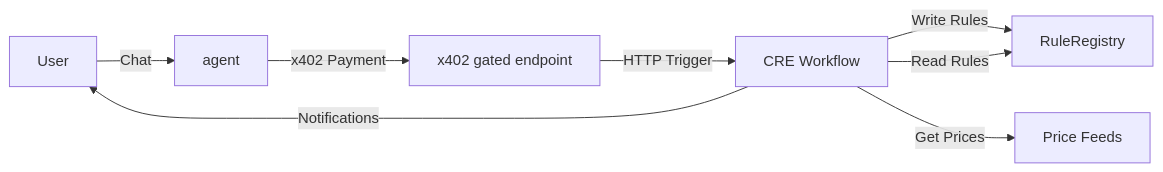
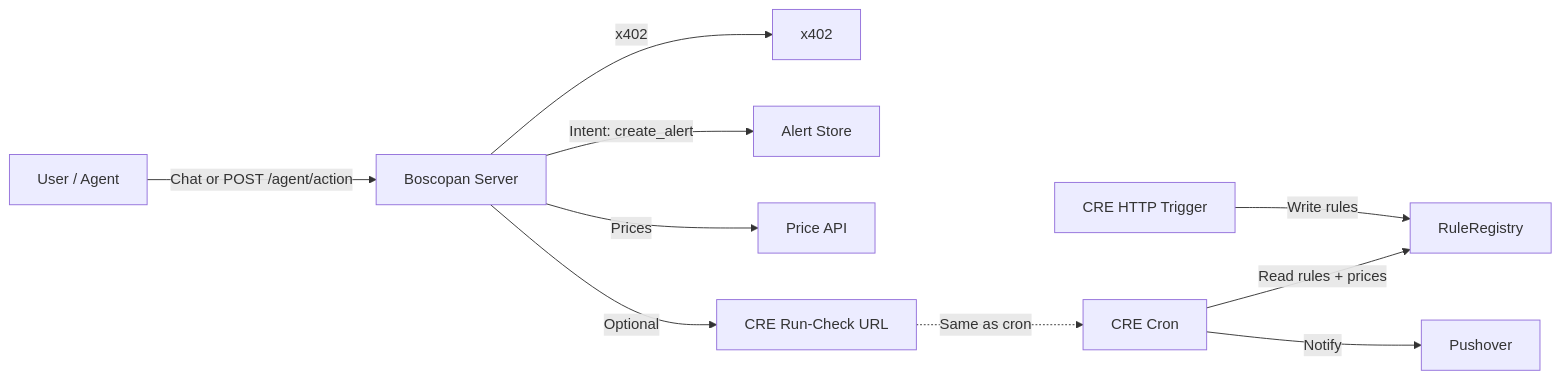
The diagram in README.md (Afoxcute/boscopan), drawn with Mermaid before and after one commit. The commit also changed other lines of this file, not shown here.

````diff
--- a/README.md
+++ b/README.md
@@ -59,10 +36,12 @@
 ```mermaid
 flowchart LR
-    User[User] -->|Chat| Agent[agent]
-    Agent -->|x402 Payment| API[x402 gated endpoint]
-    API -->|HTTP Trigger| CRE[CRE Workflow]
-    CRE -->|Write Rules| Contract[RuleRegistry]
-    CRE -->|Read Rules| Contract
-    CRE -->|Get Prices| Chainlink[Price Feeds]
-    CRE -->|Notifications| User
+    User[User / Agent] -->|Chat or POST /agent/action| Server[Boscopan Server]
+    Server -->|x402| Payments[x402]
+    Server -->|Intent: create_alert| Alerts[Alert Store]
+    Server -->|Prices| PriceService[Price API]
+    Server -->|Optional| CRE_RUN[CRE Run-Check URL]
+    CRE_HTTP[CRE HTTP Trigger] -->|Write rules| Contract[RuleRegistry]
+    CRE_Cron[CRE Cron] -->|Read rules + prices| Contract
+    CRE_Cron -->|Notify| Pushover[Pushover]
+    CRE_RUN -.->|Same as cron| CRE_Cron
 ```
````
